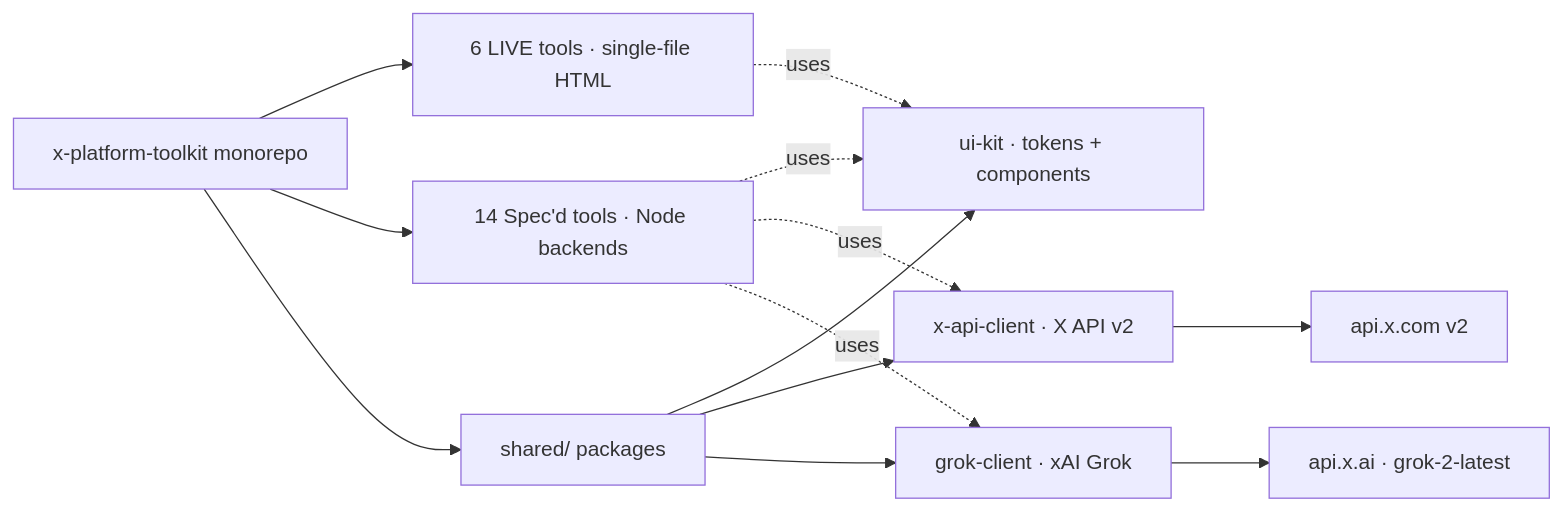
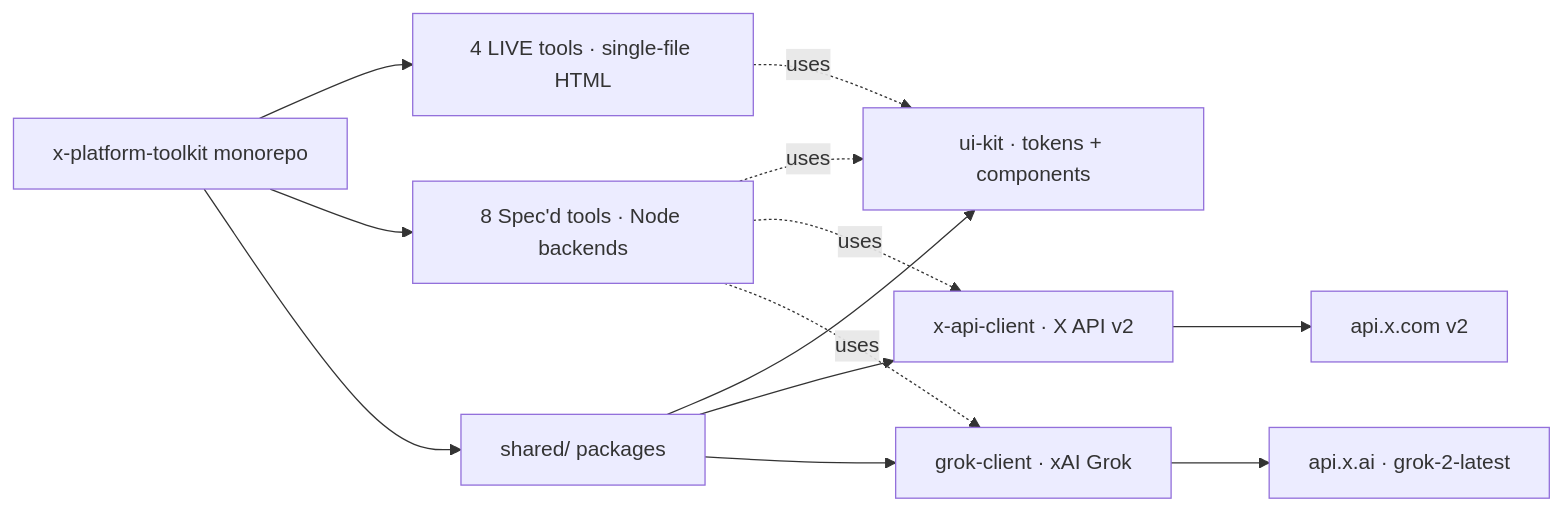
One commit to AgentMindCloud/x-platform-toolkit changed the diagram in README.md. Above: the diagram before and after it, drawn with Mermaid. The commit also changed other lines of this file and 6 other files, not shown here.

````diff
--- a/README.md
+++ b/README.md
@@ -142,15 +139,15 @@
 ```mermaid
 flowchart LR
-  REPO["x-platform-toolkit monorepo"] --> LIVE["6 LIVE tools · single-file HTML"]
-  REPO --> SPEC["14 Spec'd tools · Node backends"]
+  REPO["x-platform-toolkit monorepo"] --> LIVE["4 LIVE tools · single-file HTML"]
+  REPO --> SPEC["8 Spec'd tools · Node backends"]
   REPO --> SHARED["shared/ packages"]
   SHARED --> UI["ui-kit · tokens + components"]
   SHARED --> XAPI["x-api-client · X API v2"]
   SHARED --> GROK["grok-client · xAI Grok"]
   LIVE -.uses.-> UI
   SPEC -.uses.-> UI
   SPEC -.uses.-> XAPI
   SPEC -.uses.-> GROK
   XAPI --> XV2["api.x.com v2"]
   GROK --> XAI["api.x.ai · grok-2-latest"]
 ```
````
